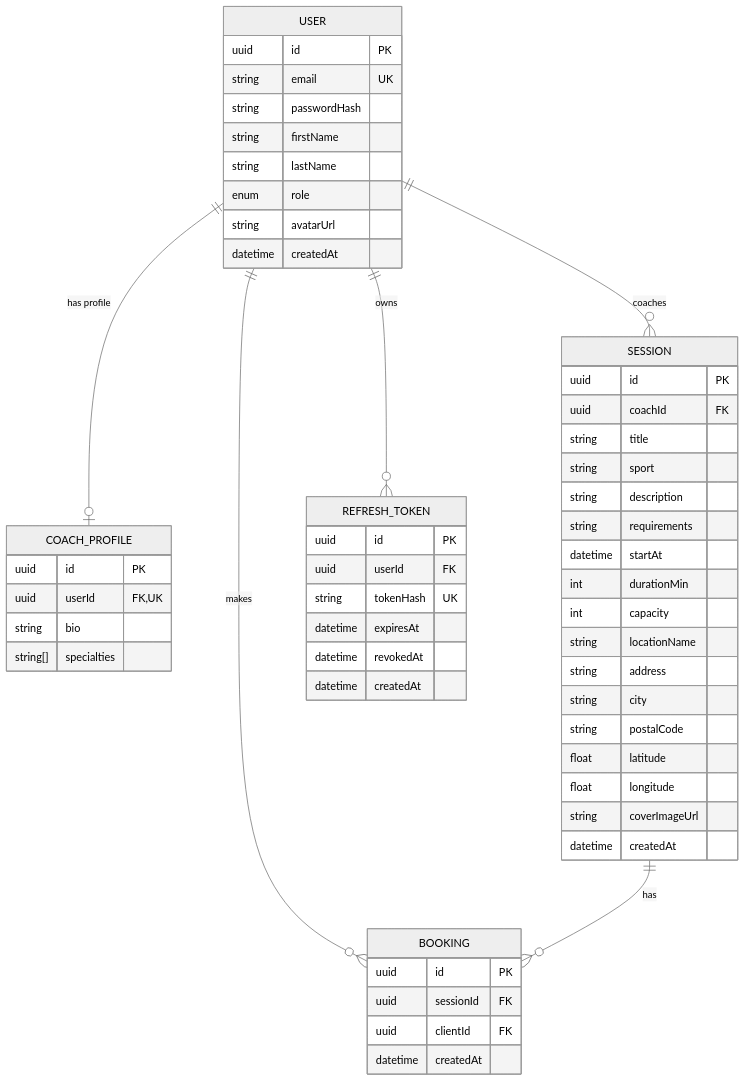
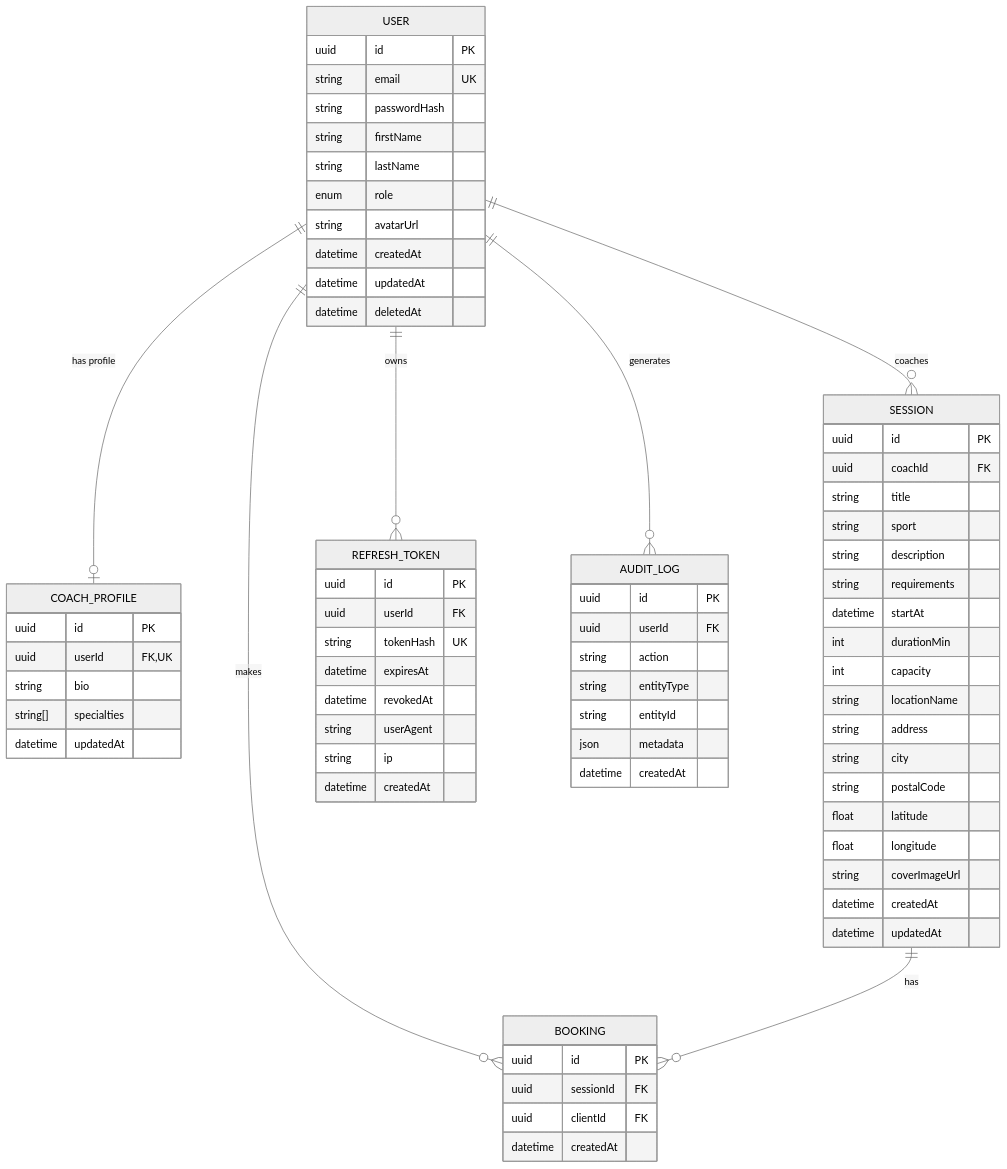
Before and after one commit to BenCDA/SportifyForEach: the diagram in docs/05-mcd-mld.md, drawn with Mermaid (neutral theme). The commit also changed other lines of this file and 27 other files, not shown here.

````diff
--- a/docs/05-mcd-mld.md
+++ b/docs/05-mcd-mld.md
@@ -5,62 +5,79 @@
 ```mermaid
 erDiagram
     USER {
         uuid id PK
         string email UK
         string passwordHash
         string firstName
         string lastName
         enum role
         string avatarUrl
         datetime createdAt
+        datetime updatedAt
+        datetime deletedAt
     }
 
     COACH_PROFILE {
         uuid id PK
         uuid userId FK,UK
         string bio
         string[] specialties
+        datetime updatedAt
     }
 
     SESSION {
         uuid id PK
         uuid coachId FK
         string title
         string sport
         string description
         string requirements
         datetime startAt
         int durationMin
         int capacity
         string locationName
         string address
         string city
         string postalCode
         float latitude
         float longitude
         string coverImageUrl
         datetime createdAt
+        datetime updatedAt
     }
 
     BOOKING {
         uuid id PK
         uuid sessionId FK
         uuid clientId FK
         datetime createdAt
     }
 
     REFRESH_TOKEN {
         uuid id PK
         uuid userId FK
         string tokenHash UK
         datetime expiresAt
         datetime revokedAt
+        string userAgent
+        string ip
+        datetime createdAt
+    }
+
+    AUDIT_LOG {
+        uuid id PK
+        uuid userId FK
+        string action
+        string entityType
+        string entityId
+        json metadata
         datetime createdAt
     }
 
     USER ||--o| COACH_PROFILE : "has profile"
     USER ||--o{ SESSION : "coaches"
     USER ||--o{ BOOKING : "makes"
     USER ||--o{ REFRESH_TOKEN : "owns"
+    USER ||--o{ AUDIT_LOG : "generates"
     SESSION ||--o{ BOOKING : "has"
 ```
````
